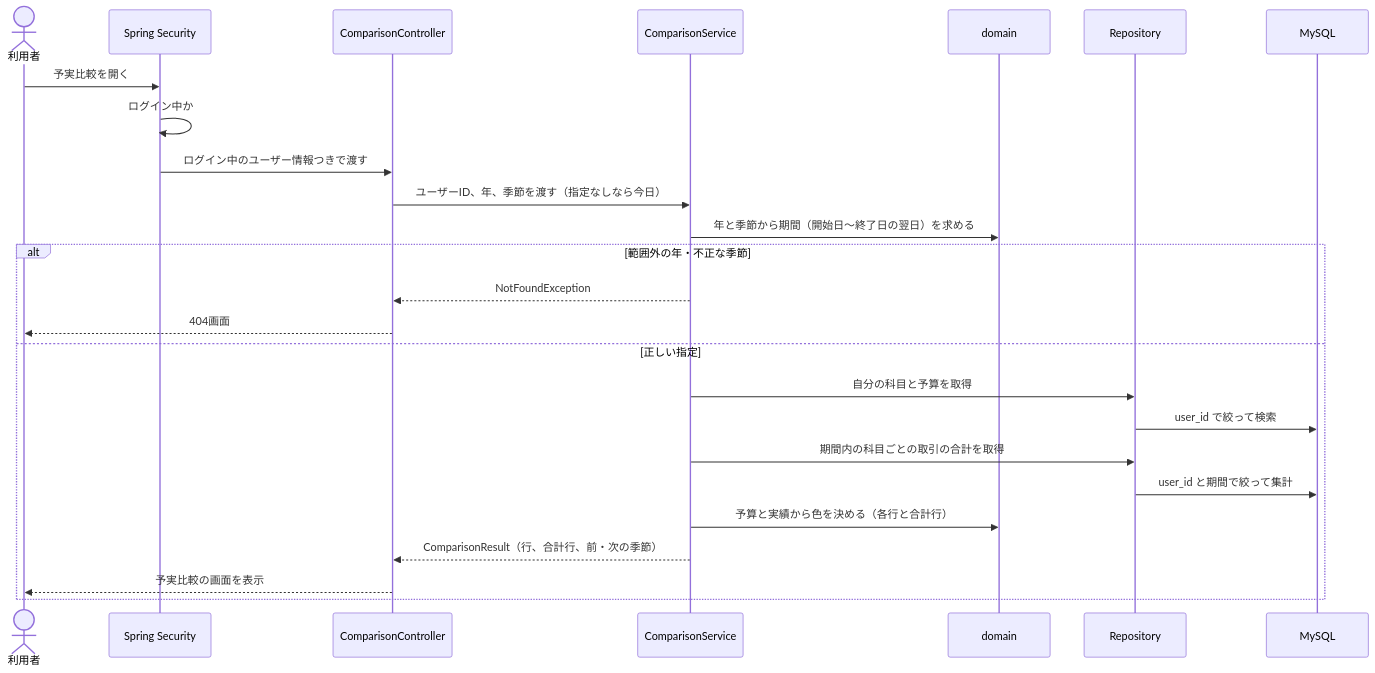
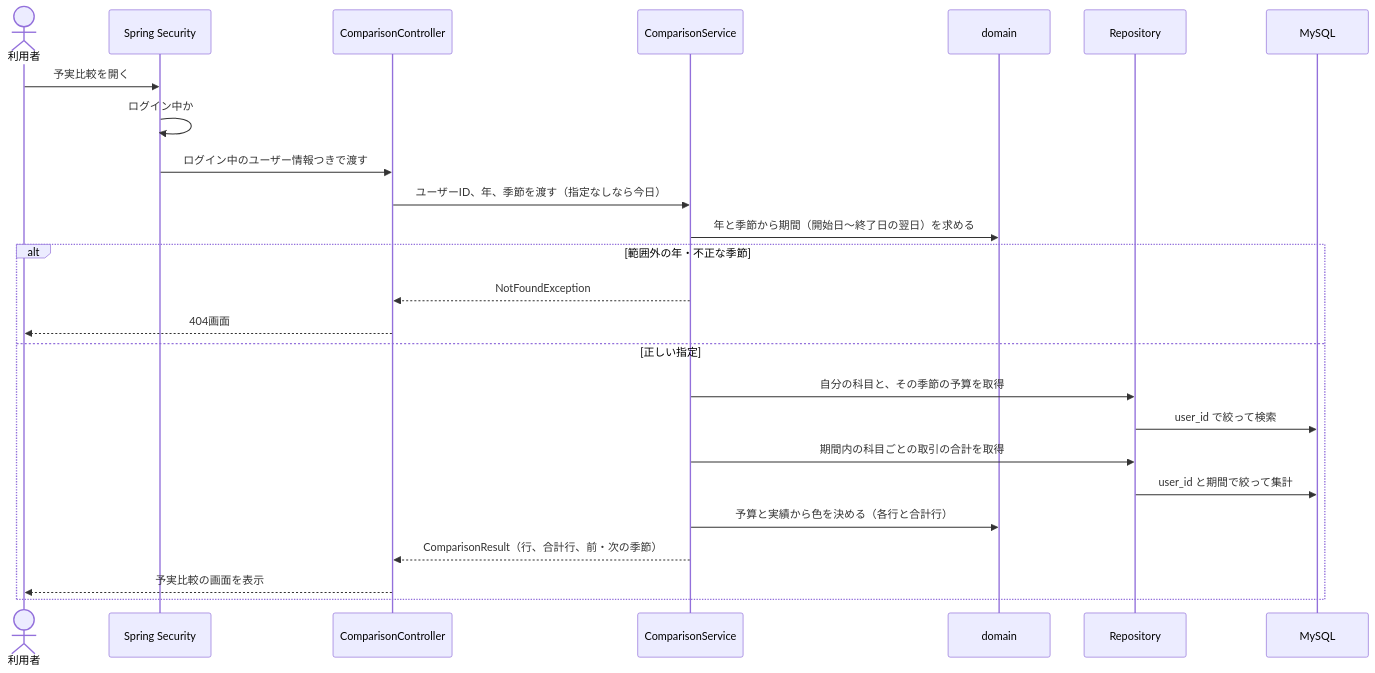
The second of 13 diagrams in docs/reviews/design.md (yutaro081/HouseholdBudget-SpringBoot), drawn with Mermaid before and after one commit. The commit also changed other lines of this file and 3 other files, not shown here.

````diff
--- a/docs/reviews/design.md
+++ b/docs/reviews/design.md
@@ -104,28 +104,28 @@
 ```mermaid
 sequenceDiagram
     actor U as 利用者
     participant SEC as Spring Security
     participant C as ComparisonController
     participant S as ComparisonService
     participant D as domain
     participant R as Repository
     participant DB as MySQL
 
     U->>SEC: 予実比較を開く
     SEC->>SEC: ログイン中か
     SEC->>C: ログイン中のユーザー情報つきで渡す
     C->>S: ユーザーID、年、季節を渡す（指定なしなら今日）
     S->>D: 年と季節から期間（開始日〜終了日の翌日）を求める
     alt 範囲外の年・不正な季節
         S-->>C: NotFoundException
         C-->>U: 404画面
     else 正しい指定
-        S->>R: 自分の科目と予算を取得
+        S->>R: 自分の科目と、その季節の予算を取得
         R->>DB: user_id で絞って検索
         S->>R: 期間内の科目ごとの取引の合計を取得
         R->>DB: user_id と期間で絞って集計
         S->>D: 予算と実績から色を決める（各行と合計行）
         S-->>C: ComparisonResult（行、合計行、前・次の季節）
         C-->>U: 予実比較の画面を表示
     end
 ```
````
